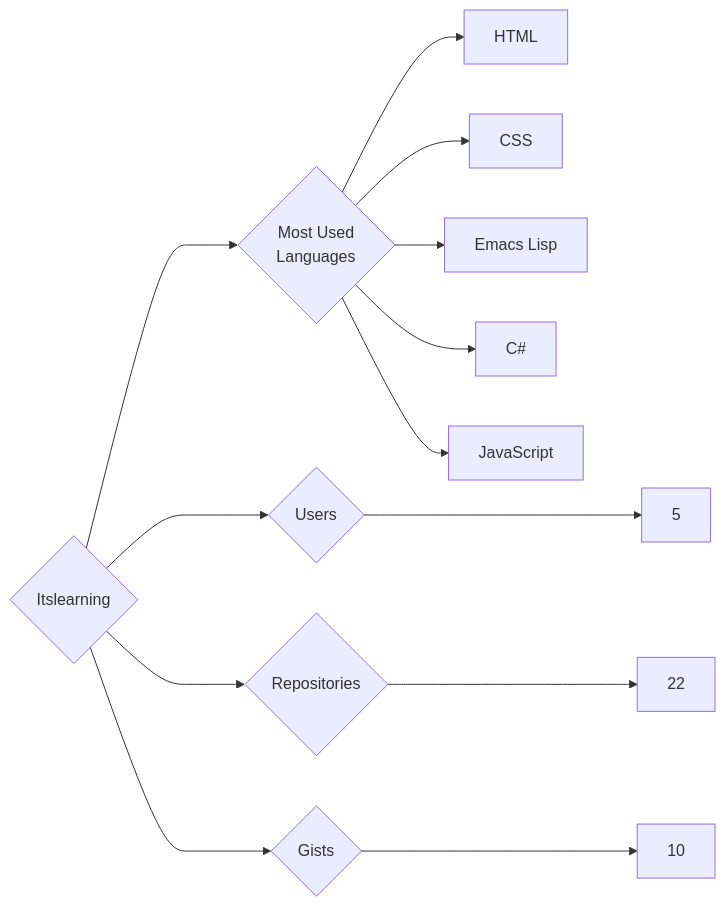
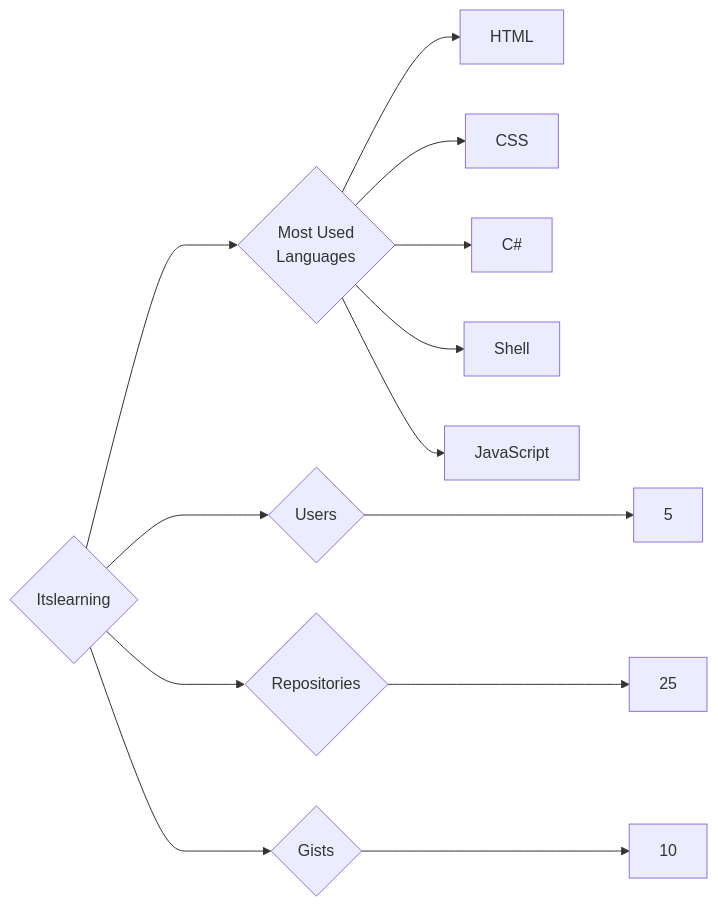
One commit to trickest/insiders changed the diagram in targets/Itslearning/README.md. Above: the diagram before and after it, drawn with Mermaid. The commit also changed 699 other files, not shown here.

````diff
--- a/targets/Itslearning/README.md
+++ b/targets/Itslearning/README.md
@@ -3,13 +3,13 @@
 ```mermaid
 graph LR
 COMPANY_NAME{Itslearning}
 COMPANY_NAME ---> U{Users} ---> UN[5]
-COMPANY_NAME ---> R{Repositories} ---> RN[22]
+COMPANY_NAME ---> R{Repositories} ---> RN[25]
 COMPANY_NAME ---> G{Gists} ---> GN[10]
 COMPANY_NAME ---> ML{Most Used<br>Languages}
 ML --> HTML[HTML]
 ML --> CSS[CSS]
-ML --> Emacs_Lisp[Emacs Lisp]
 ML --> C#[C#]
+ML --> Shell[Shell]
 ML --> JavaScript[JavaScript]
 ```
````
